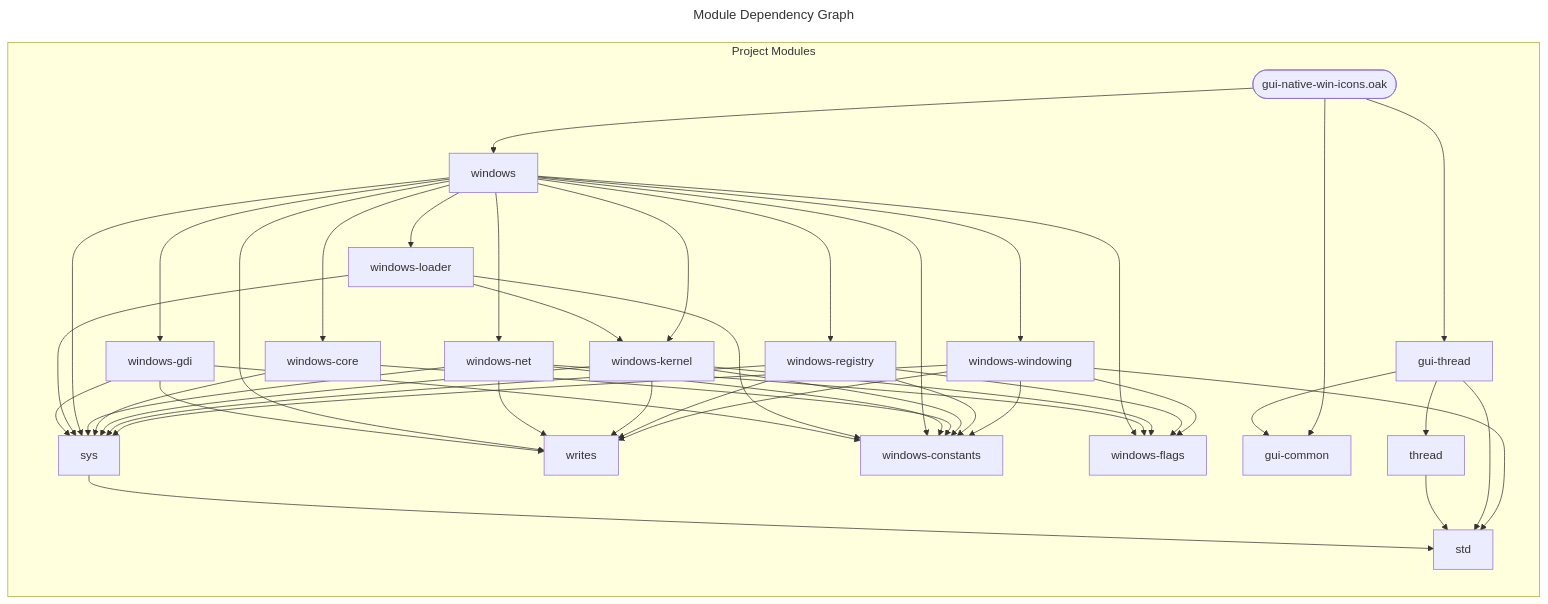
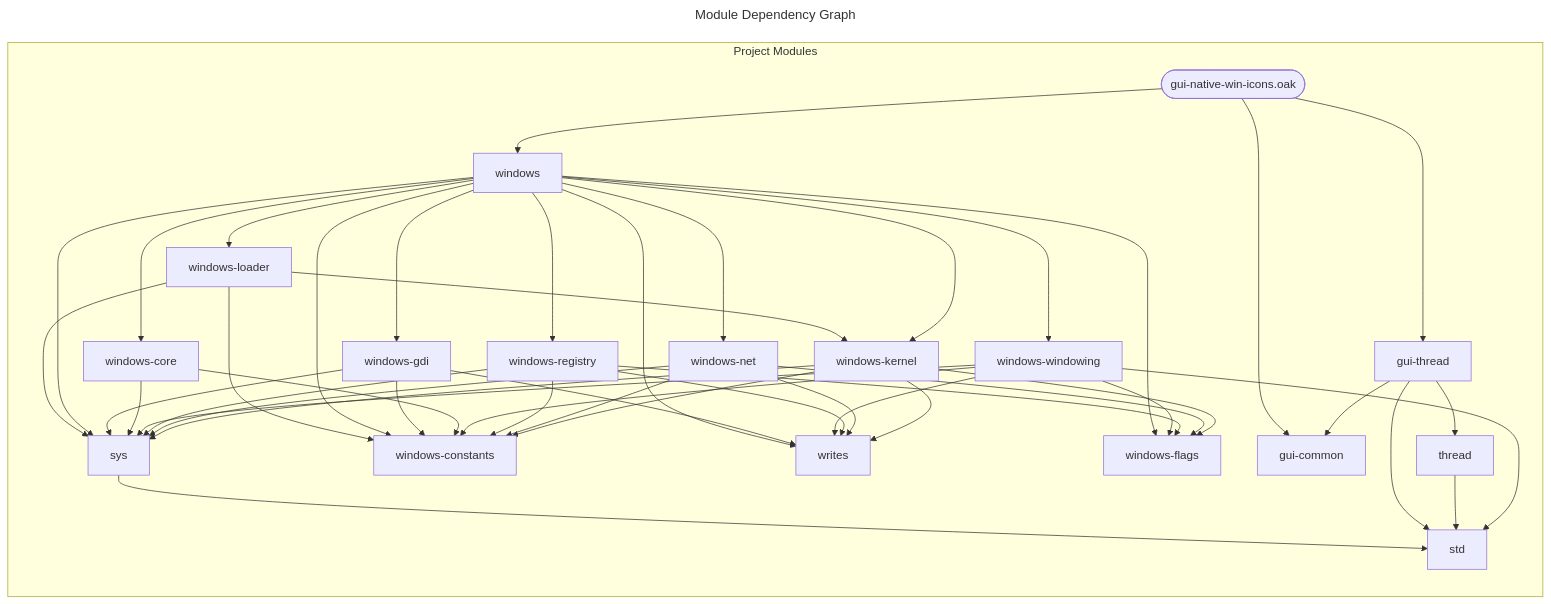
The diagram in docs/spec/gui-native-win-icons.mmd (SpcFORK/magnolia), drawn with Mermaid before and after one commit. The commit also changed other lines of this file and 184 other files, not shown here.

```diff
--- a/docs/spec/gui-native-win-icons.mmd
+++ b/docs/spec/gui-native-win-icons.mmd
@@ -1,67 +1,67 @@
 ---
 title: Module Dependency Graph
 ---
 flowchart LR
     subgraph project_modules ["Project Modules"]
-        windows_windowing["windows-windowing"]
+        windows_loader["windows-loader"]
+        std["std"]
         windows_constants["windows-constants"]
+        windows_flags["windows-flags"]
+        sys["sys"]
+        windows["windows"]
+        windows_gdi["windows-gdi"]
+        gui_common["gui-common"]
+        windows_core["windows-core"]
         lib_gui_native_win_icons_oak(["gui-native-win-icons.oak"])
-        windows_registry["windows-registry"]
-        windows_kernel["windows-kernel"]
         gui_thread["gui-thread"]
         thread["thread"]
-        gui_common["gui-common"]
-        windows_core["windows-core"]
+        windows_windowing["windows-windowing"]
+        writes["writes"]
+        windows_registry["windows-registry"]
         windows_net["windows-net"]
-        writes["writes"]
-        windows["windows"]
-        sys["sys"]
-        windows_flags["windows-flags"]
-        windows_loader["windows-loader"]
-        windows_gdi["windows-gdi"]
-        std["std"]
+        windows_kernel["windows-kernel"]
     end
-    windows_windowing --> sys
-    windows_windowing --> writes
-    windows_windowing --> windows_constants
-    windows_windowing --> windows_flags
-    windows_windowing --> std
-    lib_gui_native_win_icons_oak --> windows
-    lib_gui_native_win_icons_oak --> gui_common
-    lib_gui_native_win_icons_oak --> gui_thread
-    windows_registry --> sys
-    windows_registry --> writes
-    windows_registry --> windows_constants
-    windows_registry --> windows_flags
-    windows_kernel --> sys
-    windows_kernel --> writes
-    windows_kernel --> windows_constants
-    windows_kernel --> windows_flags
-    gui_thread --> std
-    gui_thread --> thread
-    gui_thread --> gui_common
-    thread --> std
-    windows_core --> sys
-    windows_core --> windows_constants
-    windows_net --> sys
-    windows_net --> writes
-    windows_net --> windows_constants
-    windows_net --> windows_flags
+    windows_loader --> sys
+    windows_loader --> windows_constants
+    windows_loader --> windows_kernel
+    sys --> std
     windows --> sys
     windows --> writes
     windows --> windows_constants
     windows --> windows_flags
     windows --> windows_registry
     windows --> windows_net
     windows --> windows_windowing
     windows --> windows_gdi
     windows --> windows_kernel
     windows --> windows_loader
     windows --> windows_core
-    sys --> std
-    windows_loader --> sys
-    windows_loader --> windows_constants
-    windows_loader --> windows_kernel
     windows_gdi --> sys
     windows_gdi --> writes
     windows_gdi --> windows_constants
+    windows_core --> sys
+    windows_core --> windows_constants
+    lib_gui_native_win_icons_oak --> windows
+    lib_gui_native_win_icons_oak --> gui_common
+    lib_gui_native_win_icons_oak --> gui_thread
+    gui_thread --> std
+    gui_thread --> thread
+    gui_thread --> gui_common
+    thread --> std
+    windows_windowing --> sys
+    windows_windowing --> writes
+    windows_windowing --> windows_constants
+    windows_windowing --> windows_flags
+    windows_windowing --> std
+    windows_registry --> sys
+    windows_registry --> writes
+    windows_registry --> windows_constants
+    windows_registry --> windows_flags
+    windows_net --> sys
+    windows_net --> writes
+    windows_net --> windows_constants
+    windows_net --> windows_flags
+    windows_kernel --> sys
+    windows_kernel --> writes
+    windows_kernel --> windows_constants
+    windows_kernel --> windows_flags
```
